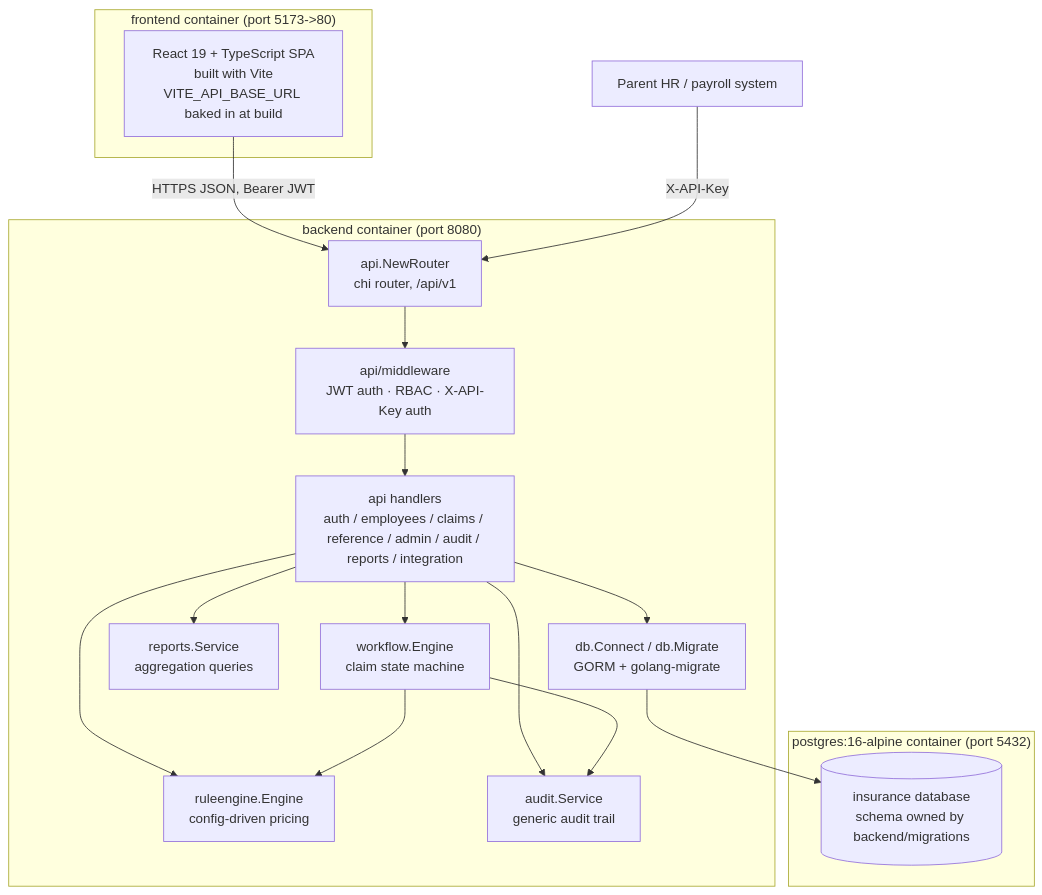
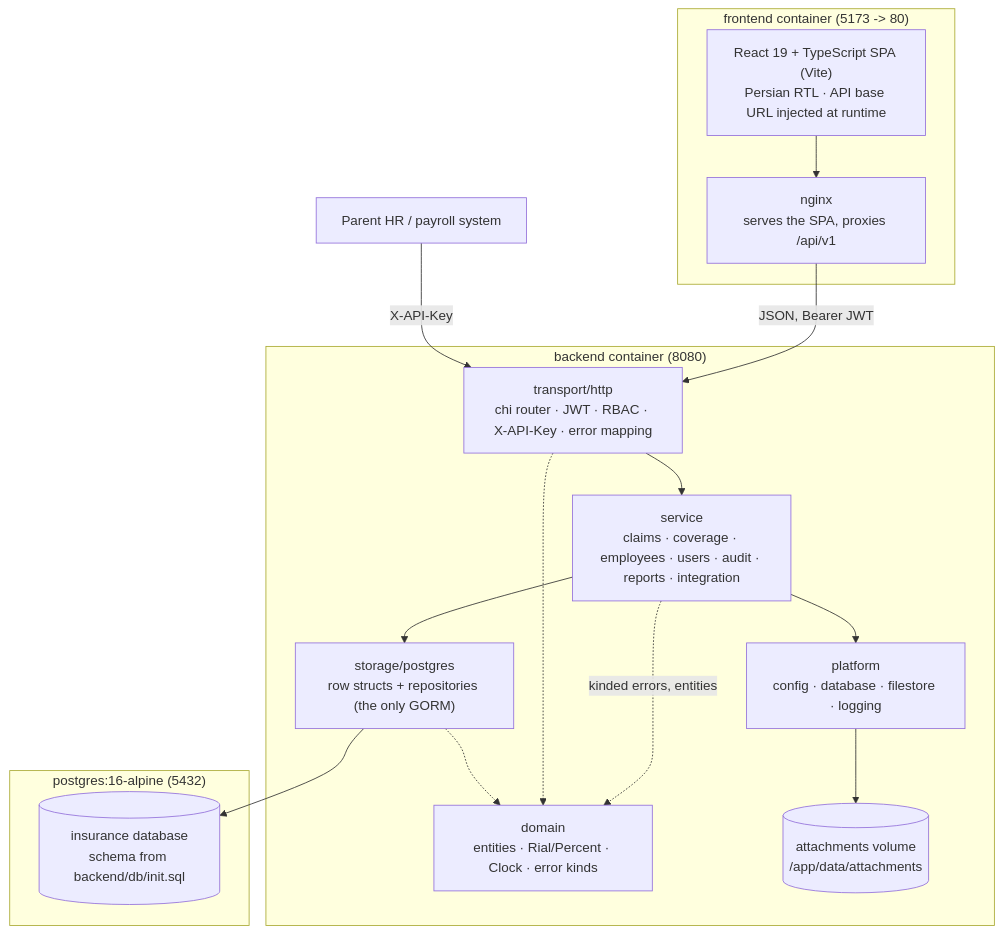
The diagram in docs/ARCHITECTURE.md (SaeedMPro/fp-insurance-module), drawn with Mermaid before and after one commit. The commit also changed other lines of this file and 9 other files, not shown here.

````diff
--- a/docs/ARCHITECTURE.md
+++ b/docs/ARCHITECTURE.md
@@ -329,35 +345,34 @@
 ```mermaid
 graph TD
-    subgraph Container_frontend["frontend container (port 5173->80)"]
-        FE["React 19 + TypeScript SPA<br/>built with Vite<br/>VITE_API_BASE_URL baked in at build"]
+    subgraph Container_frontend["frontend container (5173 -> 80)"]
+        FE["React 19 + TypeScript SPA (Vite)<br/>Persian RTL · API base URL injected at runtime"]
+        NG["nginx<br/>serves the SPA, proxies /api/v1"]
     end
 
-    subgraph Container_backend["backend container (port 8080)"]
-        R["api.NewRouter<br/>chi router, /api/v1"]
-        MW["api/middleware<br/>JWT auth · RBAC · X-API-Key auth"]
-        H["api handlers<br/>auth / employees / claims / reference / admin / audit / reports / integration"]
-        WF["workflow.Engine<br/>claim state machine"]
-        RE["ruleengine.Engine<br/>config-driven pricing"]
-        AU["audit.Service<br/>generic audit trail"]
-        REP["reports.Service<br/>aggregation queries"]
-        DBI["db.Connect / db.Migrate<br/>GORM + golang-migrate"]
+    subgraph Container_backend["backend container (8080)"]
+        T["transport/http<br/>chi router · JWT · RBAC · X-API-Key · error mapping"]
+        SV["service<br/>claims · coverage · employees · users · audit · reports · integration"]
+        D["domain<br/>entities · Rial/Percent · Clock · error kinds"]
+        ST["storage/postgres<br/>row structs + repositories (the only GORM)"]
+        PL["platform<br/>config · database · filestore · logging"]
+        FS[("attachments volume<br/>/app/data/attachments")]
     end
 
-    subgraph Container_postgres["postgres:16-alpine container (port 5432)"]
-        SCHEMA[("insurance database<br/>schema owned by backend/migrations")]
+    subgraph Container_postgres["postgres:16-alpine (5432)"]
+        SCHEMA[("insurance database<br/>schema from backend/db/init.sql")]
     end
 
     PARENT["Parent HR / payroll system"]
 
-    FE -- "HTTPS JSON, Bearer JWT" --> R
-    PARENT -- "X-API-Key" --> R
-    R --> MW --> H
-    H --> WF
-    H --> RE
-    H --> AU
-    H --> REP
-    WF --> RE
-    WF --> AU
-    H --> DBI
-    DBI --> SCHEMA
+    FE --> NG
+    NG -- "JSON, Bearer JWT" --> T
+    PARENT -- "X-API-Key" --> T
+    T --> SV
+    SV --> ST
+    SV -.->|kinded errors, entities| D
+    T -.-> D
+    ST -.-> D
+    SV --> PL
+    ST --> SCHEMA
+    PL --> FS
 ```
````
